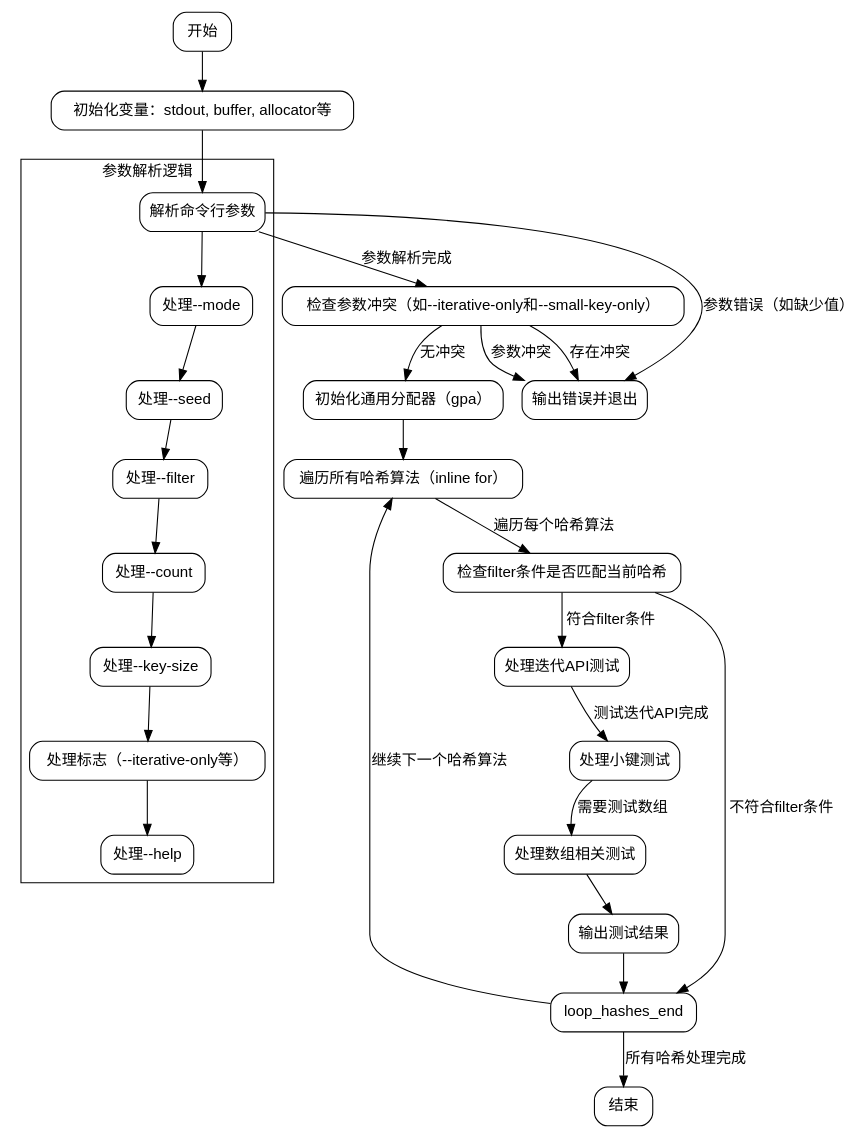
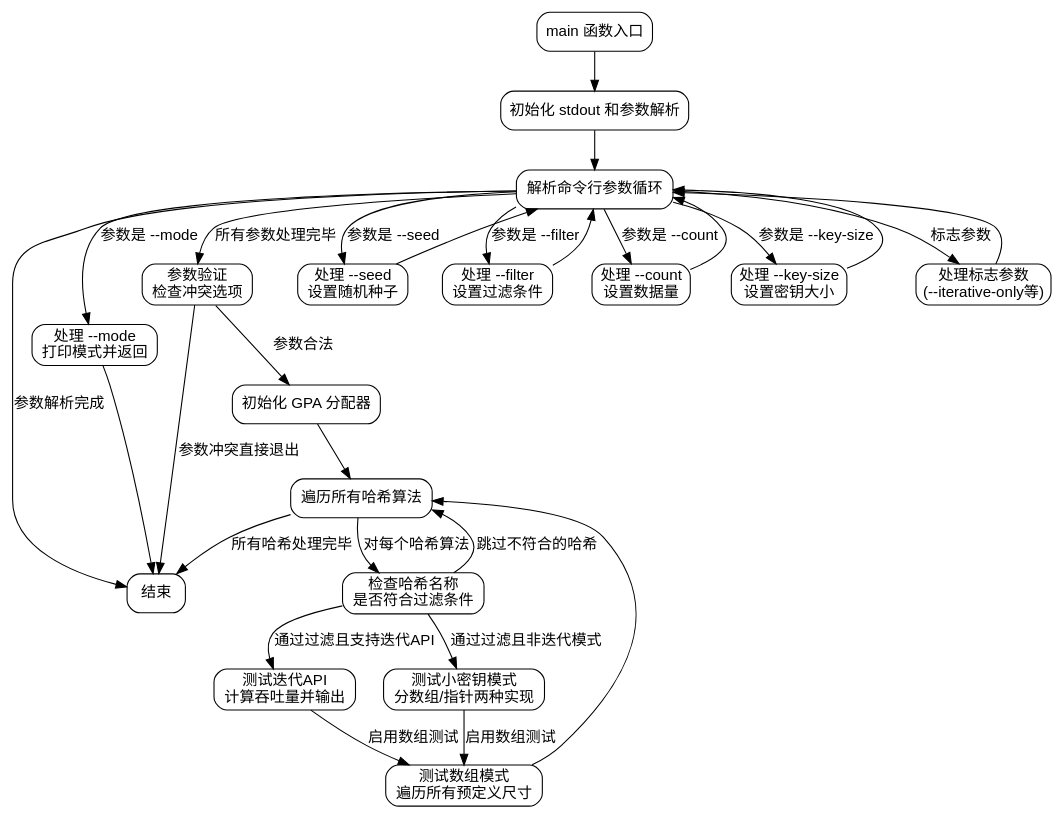
Before and after one commit to sdzx-1/deepseek-zig-reader: the diagram in dot_std/hash/benchmark.zig.main.md, drawn with Graphviz. The commit also changed other lines of this file and 236 other files, not shown here.

````diff
--- a/dot_std/hash/benchmark.zig.main.md
+++ b/dot_std/hash/benchmark.zig.main.md
@@ -21,64 +31,59 @@
 ```dot
 digraph flowchart {
-    node [shape=rectangle, style="rounded", fontname="Helvetica"];
-    edge [fontname="Helvetica"];
+    node [shape=rectangle, style="rounded", fontname="Arial"];
+    edge [fontname="Arial"];
+    
+    start [label="main 函数入口"];
+    init_stdout [label="初始化 stdout 和参数解析"];
+    parse_args [label="解析命令行参数循环"];
+    handle_mode [label="处理 --mode\n打印模式并返回"];
+    handle_seed [label="处理 --seed\n设置随机种子"];
+    handle_filter [label="处理 --filter\n设置过滤条件"];
+    handle_count [label="处理 --count\n设置数据量"];
+    handle_key_size [label="处理 --key-size\n设置密钥大小"];
+    handle_flags [label="处理标志参数\n(--iterative-only等)"];
+    validate_args [label="参数验证\n检查冲突选项"];
+    init_allocator [label="初始化 GPA 分配器"];
+    loop_hashes [label="遍历所有哈希算法"];
+    check_filter [label="检查哈希名称\n是否符合过滤条件"];
+    test_iterative [label="测试迭代API\n计算吞吐量并输出"];
+    test_small_keys [label="测试小密钥模式\n分数组/指针两种实现"];
+    test_arrays [label="测试数组模式\n遍历所有预定义尺寸"];
+    exit [label="结束"];
 
-    start [label="开始"];
-    init_vars [label="初始化变量：stdout, buffer, allocator等"];
-    parse_args [label="解析命令行参数"];
-    check_arg_conflicts [label="检查参数冲突（如--iterative-only和--small-key-only）"];
-    init_allocator [label="初始化通用分配器（gpa）"];
-    loop_hashes [label="遍历所有哈希算法（inline for）"];
-    check_filter [label="检查filter条件是否匹配当前哈希"];
-    handle_iterative [label="处理迭代API测试"];
-    handle_small_keys [label="处理小键测试"];
-    handle_arrays [label="处理数组相关测试"];
-    output_results [label="输出测试结果"];
-    end [label="结束"];
+    start -> init_stdout;
+    init_stdout -> parse_args;
 
-    start -> init_vars;
-    init_vars -> parse_args;
+    parse_args -> handle_mode [label="参数是 --mode"];
+    parse_args -> handle_seed [label="参数是 --seed"];
+    parse_args -> handle_filter [label="参数是 --filter"];
+    parse_args -> handle_count [label="参数是 --count"];
+    parse_args -> handle_key_size [label="参数是 --key-size"];
+    parse_args -> handle_flags [label="标志参数"];
+    parse_args -> exit [label="参数解析完成"];
 
-    parse_args -> check_arg_conflicts [label="参数解析完成"];
-    check_arg_conflicts -> init_allocator [label="无冲突"];
-    check_arg_conflicts -> exit_error [label="存在冲突", shape=diamond];
+    handle_mode -> exit;
+    handle_seed -> parse_args;
+    handle_filter -> parse_args;
+    handle_count -> parse_args;
+    handle_key_size -> parse_args;
+    handle_flags -> parse_args;
+
+    parse_args -> validate_args [label="所有参数处理完毕"];
+    validate_args -> init_allocator [label="参数合法"];
+    validate_args -> exit [label="参数冲突直接退出"];
 
     init_allocator -> loop_hashes;
-
-    loop_hashes -> check_filter [label="遍历每个哈希算法"];
-    check_filter -> handle_iterative [label="符合filter条件"];
-    check_filter -> loop_hashes_end [label="不符合filter条件"];
-
-    handle_iterative -> handle_small_keys [label="测试迭代API完成"];
-    handle_small_keys -> handle_arrays [label="需要测试数组"];
-    handle_arrays -> output_results;
-    output_results -> loop_hashes_end;
-
-    loop_hashes_end -> loop_hashes [label="继续下一个哈希算法"];
-    loop_hashes_end -> end [label="所有哈希处理完成"];
-
-    // Error handling branch
-    exit_error [label="输出错误并退出", shape=box];
-    parse_args -> exit_error [label="参数错误（如缺少值）"];
-    check_arg_conflicts -> exit_error [label="参数冲突"];
-
-    // Subprocesses
-    subgraph cluster_args {
-        label="参数解析逻辑";
-        parse_mode [label="处理--mode"];
-        parse_seed [label="处理--seed"];
-        parse_filter [label="处理--filter"];
-        parse_count [label="处理--count"];
-        parse_key_size [label="处理--key-size"];
-        parse_flags [label="处理标志（--iterative-only等）"];
-        parse_help [label="处理--help"];
-
-        parse_args -> parse_mode -> parse_seed -> parse_filter -> parse_count -> parse_key_size -> parse_flags -> parse_help;
-    }
-
-    // Hidden edges for ordering
-    edge [style=invis];
-    handle_iterative -> handle_arrays;
-    handle_small_keys -> output_results;
+    
+    loop_hashes -> check_filter [label="对每个哈希算法"];
+    check_filter -> test_iterative [label="通过过滤且支持迭代API"];
+    check_filter -> test_small_keys [label="通过过滤且非迭代模式"];
+    check_filter -> loop_hashes [label="跳过不符合的哈希"];
+    
+    test_iterative -> test_arrays [label="启用数组测试"];
+    test_small_keys -> test_arrays [label="启用数组测试"];
+    test_arrays -> loop_hashes;
+    
+    loop_hashes -> exit [label="所有哈希处理完毕"];
 }
-``` 
+```
````
